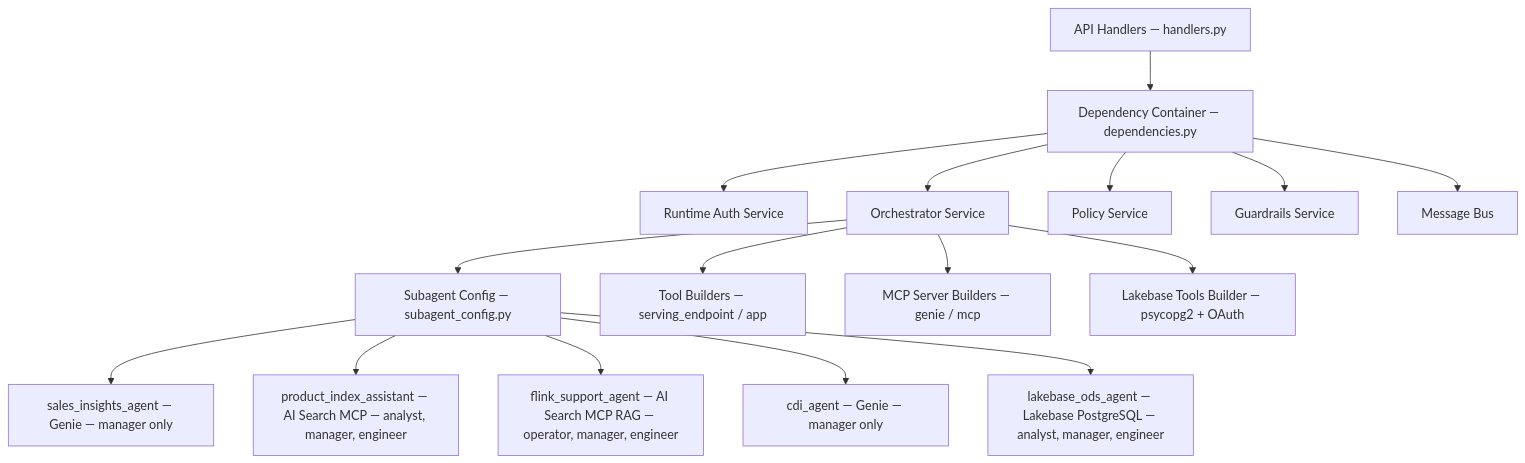
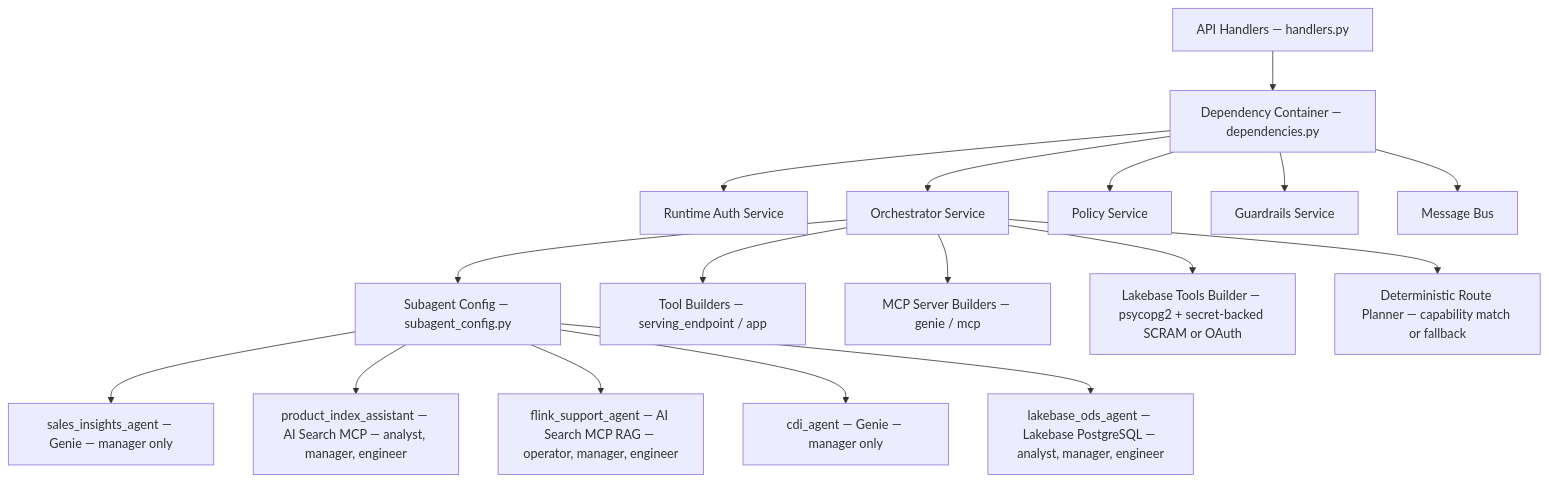
Before and after one commit to wchen-dea/Governed-Multi-Agent-Intelligence-on-Databricks: the first of 7 diagrams in docs/architecture/design-artifacts/04-logical-detailed.md, drawn with Mermaid. The commit also changed other lines of this file and 33 other files, not shown here.

````diff
--- a/docs/architecture/design-artifacts/04-logical-detailed.md
+++ b/docs/architecture/design-artifacts/04-logical-detailed.md
@@ -7,20 +7,21 @@
 ```mermaid
 flowchart TB
     H[API Handlers — handlers.py] --> D[Dependency Container — dependencies.py]
     D --> RA[Runtime Auth Service]
     D --> OR[Orchestrator Service]
     D --> PO[Policy Service]
     D --> GR[Guardrails Service]
     D --> MB[Message Bus]
 
     OR --> SC[Subagent Config — subagent_config.py]
     OR --> TL[Tool Builders — serving_endpoint / app]
     OR --> MCP[MCP Server Builders — genie / mcp]
-    OR --> LB[Lakebase Tools Builder — psycopg2 + OAuth]
+    OR --> LB[Lakebase Tools Builder — psycopg2 + secret-backed SCRAM or OAuth]
+    OR --> RP[Deterministic Route Planner — capability match or fallback]
 
     SC --> S1[sales_insights_agent — Genie — manager only]
     SC --> S2[product_index_assistant — AI Search MCP — analyst, manager, engineer]
     SC --> S3[flink_support_agent — AI Search MCP RAG — operator, manager, engineer]
     SC --> S4[cdi_agent — Genie — manager only]
     SC --> S5[lakebase_ods_agent — Lakebase PostgreSQL — analyst, manager, engineer]
 ```
````
